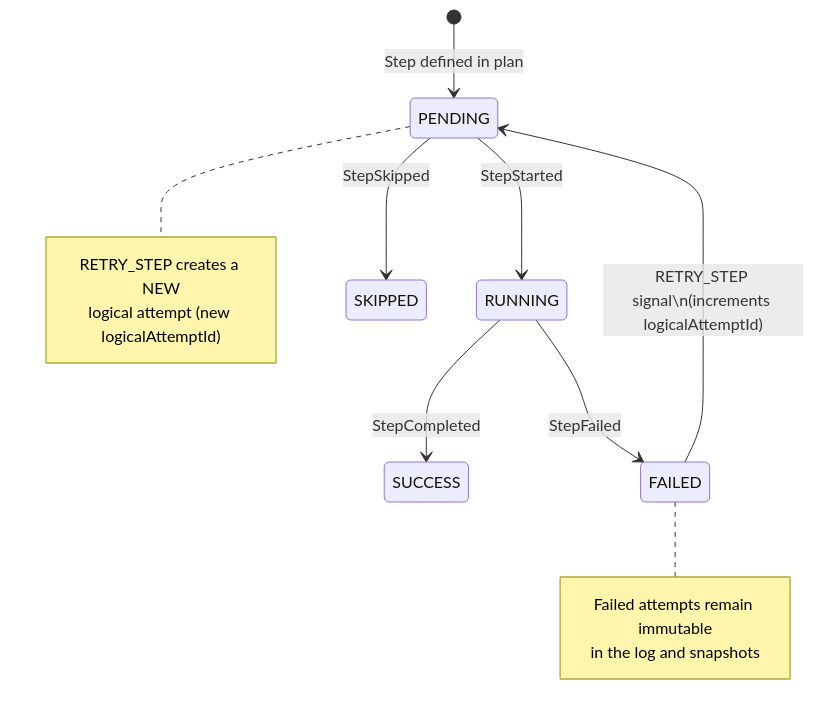
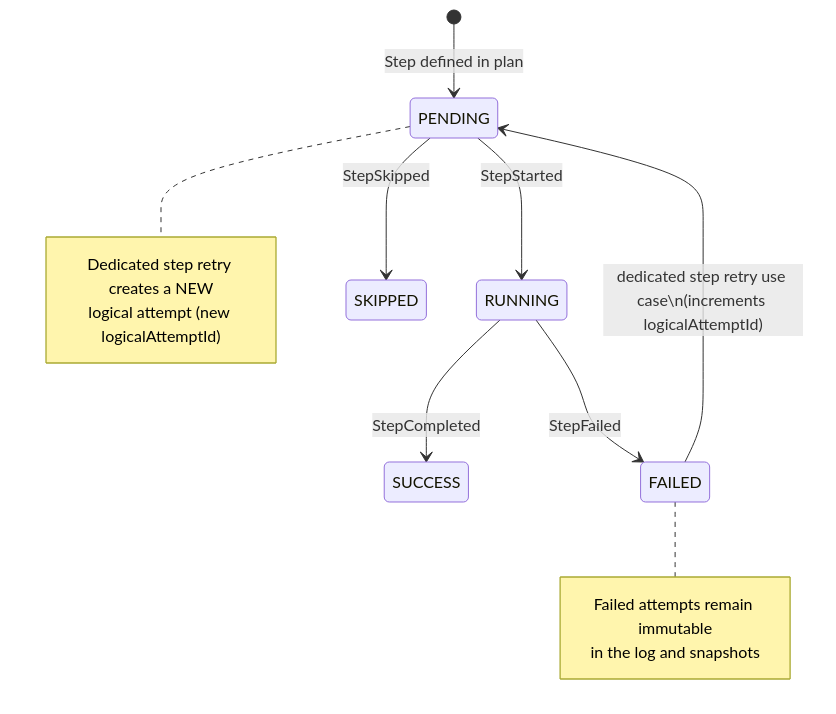
The second of 5 diagrams in docs/architecture/engine/contracts/engine/ExecutionSemantics.v1.md (dunay2/dvt), drawn with Mermaid before and after one commit. The commit also changed other lines of this file and 33 other files, not shown here.

Commit message:
refactor(contracts): Narrow RETRY_STEP out of canonical signal boundary

````diff
--- a/docs/architecture/engine/contracts/engine/ExecutionSemantics.v1.md
+++ b/docs/architecture/engine/contracts/engine/ExecutionSemantics.v1.md
@@ -226,19 +230,19 @@
 ```mermaid
 stateDiagram-v2
     [*] --> PENDING: Step defined in plan
     PENDING --> RUNNING: StepStarted
     RUNNING --> SUCCESS: StepCompleted
     RUNNING --> FAILED: StepFailed
     PENDING --> SKIPPED: StepSkipped
-    FAILED --> PENDING: RETRY_STEP signal\n(increments logicalAttemptId)
+    FAILED --> PENDING: dedicated step retry use case\n(increments logicalAttemptId)
 
     note right of FAILED
         Failed attempts remain immutable
         in the log and snapshots
     end note
 
     note right of PENDING
-        RETRY_STEP creates a NEW
+        Dedicated step retry creates a NEW
         logical attempt (new logicalAttemptId)
     end note
 ```
````
